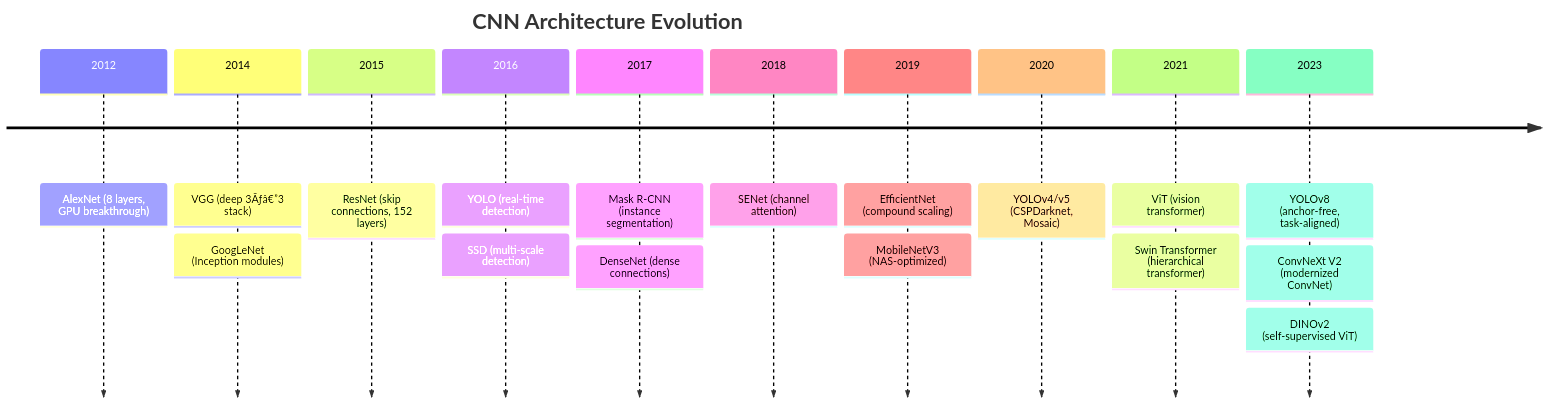
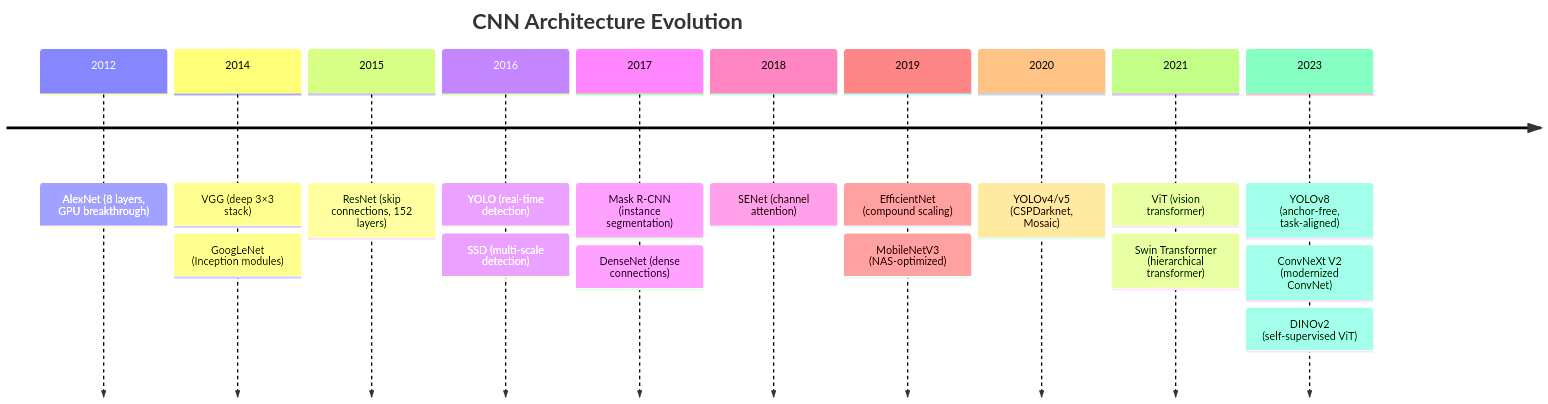
The second of 2 diagrams in docs/courses/artificial-intelligence/13-computer-vision.md (Raushan666java/ai-engineering-journey), drawn with Mermaid before and after one commit. The commit also changed other lines of this file and 965 other files, not shown here.

````diff
--- a/docs/courses/artificial-intelligence/13-computer-vision.md
+++ b/docs/courses/artificial-intelligence/13-computer-vision.md
@@ -1436,21 +1436,21 @@
 ```mermaid
 timeline
     title CNN Architecture Evolution
     2012 : AlexNet (8 layers, GPU breakthrough)
-    2014 : VGG (deep 3Ãƒâ€”3 stack)
+    2014 : VGG (deep 3×3 stack)
          : GoogLeNet (Inception modules)
     2015 : ResNet (skip connections, 152 layers)
     2016 : YOLO (real-time detection)
          : SSD (multi-scale detection)
     2017 : Mask R-CNN (instance segmentation)
          : DenseNet (dense connections)
     2018 : SENet (channel attention)
     2019 : EfficientNet (compound scaling)
          : MobileNetV3 (NAS-optimized)
     2020 : YOLOv4/v5 (CSPDarknet, Mosaic)
     2021 : ViT (vision transformer)
          : Swin Transformer (hierarchical transformer)
     2023 : YOLOv8 (anchor-free, task-aligned)
          : ConvNeXt V2 (modernized ConvNet)
          : DINOv2 (self-supervised ViT)
 ```
````
